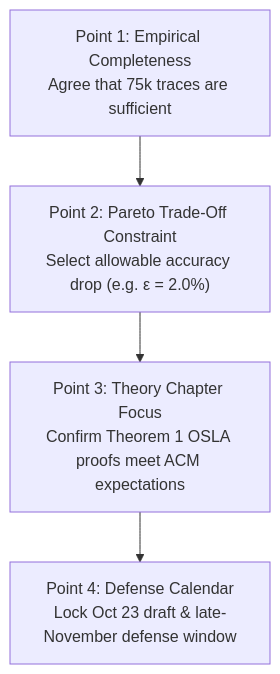
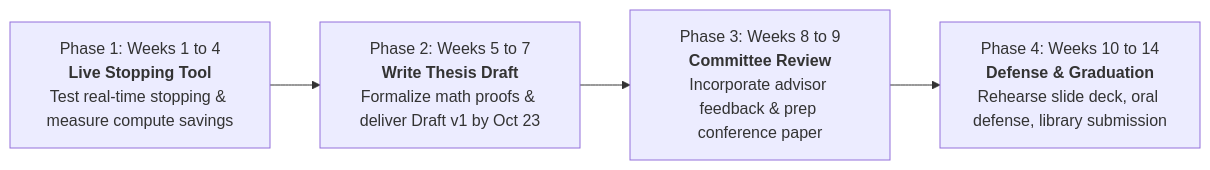
The third of 4 diagrams in ADVISOR_MEETING_SEMESTER_2_ROADMAP.md (bhattadiCS/research-thesis-overthinking-boundary), drawn with Mermaid before and after one commit. The commit also changed other lines of this file and 1 other file, not shown here.

Commit message:
fix(docs): overhaul roadmap markdown formatting, simplify language, and verify browser preview

````diff
--- a/ADVISOR_MEETING_SEMESTER_2_ROADMAP.md
+++ b/ADVISOR_MEETING_SEMESTER_2_ROADMAP.md
@@ -213,6 +161,6 @@
 ```mermaid
-flowchart TD
-    A["Point 1: Empirical Completeness<br/>Agree that 75k traces are sufficient"] --> B["Point 2: Pareto Trade-Off Constraint<br/>Select allowable accuracy drop (e.g. ε = 2.0%)"]
-    B --> C["Point 3: Theory Chapter Focus<br/>Confirm Theorem 1 OSLA proofs meet ACM expectations"]
-    C --> D["Point 4: Defense Calendar<br/>Lock Oct 23 draft & late-November defense window"]
+flowchart LR
+    P1["Phase 1: Weeks 1 to 4<br/><b>Live Stopping Tool</b><br/>Test real-time stopping & measure compute savings"] --> P2["Phase 2: Weeks 5 to 7<br/><b>Write Thesis Draft</b><br/>Formalize math proofs & deliver Draft v1 by Oct 23"]
+    P2 --> P3["Phase 3: Weeks 8 to 9<br/><b>Committee Review</b><br/>Incorporate advisor feedback & prep conference paper"]
+    P3 --> P4["Phase 4: Weeks 10 to 14<br/><b>Defense & Graduation</b><br/>Rehearse slide deck, oral defense, library submission"]
 ```
````
